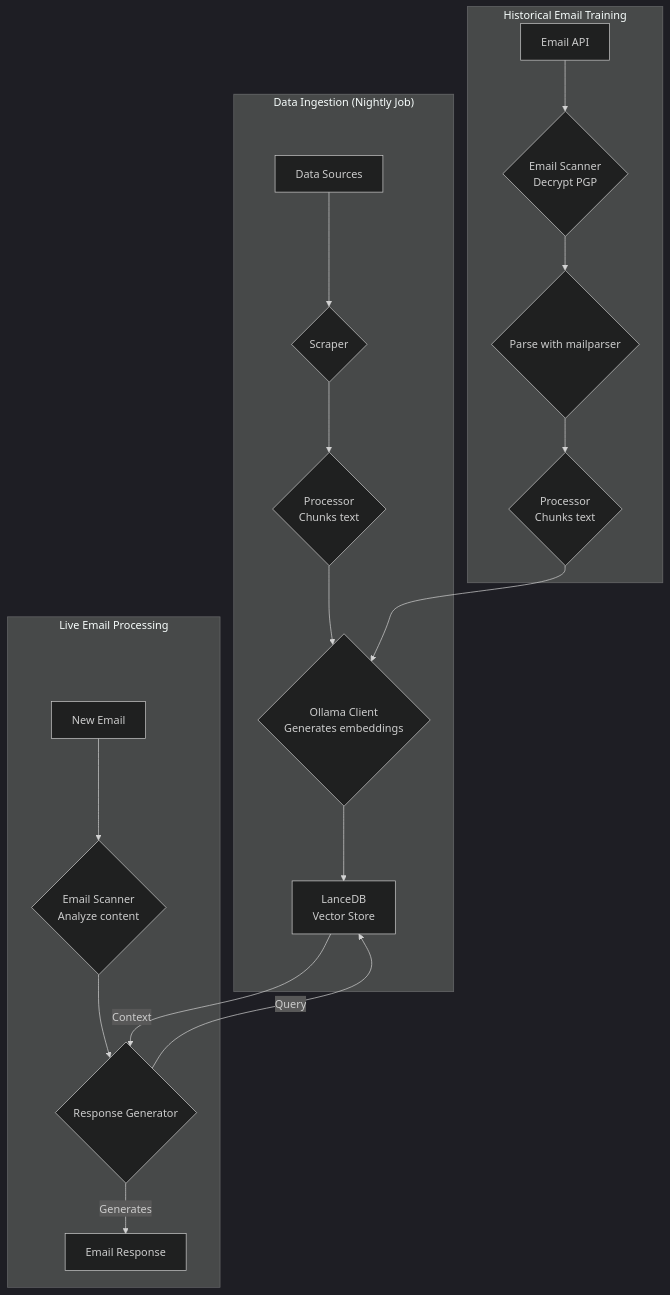
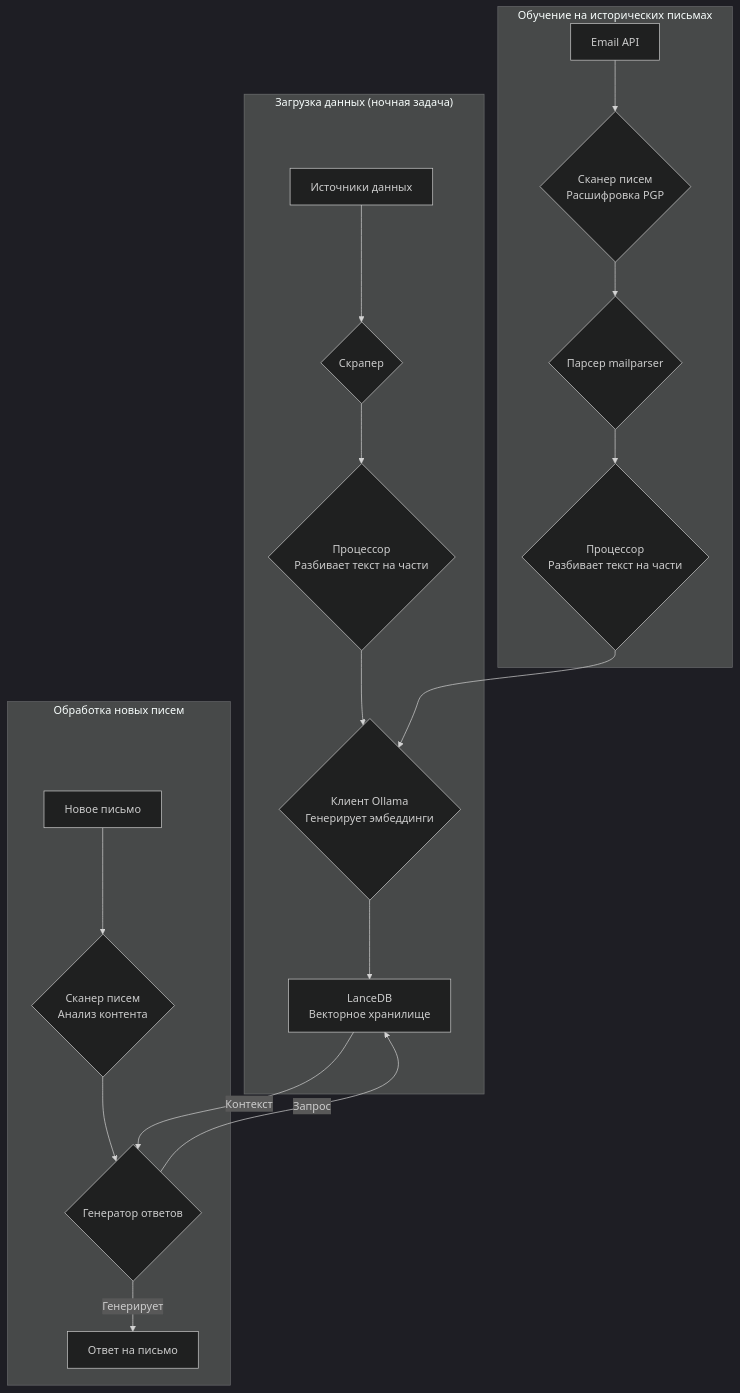
Before and after one commit to forwardemail/forwardemail.net: the first of 3 diagrams in app/views/docs/privacy-first-ai-customer-support-agent-lancedb-ollama-nodejs/index-ru.md, drawn with Mermaid (dark theme). The commit also changed other lines of this file and 1055 other files, not shown here.

````diff
--- a/app/views/docs/privacy-first-ai-customer-support-agent-lancedb-ollama-nodejs/index-ru.md
+++ b/app/views/docs/privacy-first-ai-customer-support-agent-lancedb-ollama-nodejs/index-ru.md
@@ -429,24 +430,24 @@
 ```mermaid
 graph TD
-    subgraph "Data Ingestion (Nightly Job)"
-        A[Data Sources] --> B{Scraper}
-        B --> C{Processor<br/>Chunks text}
-        C --> D{Ollama Client<br/>Generates embeddings}
-        D --> E[LanceDB<br/>Vector Store]
+    subgraph "Загрузка данных (ночная задача)"
+        A[Источники данных] --> B{Скрапер}
+        B --> C{Процессор<br/>Разбивает текст на части}
+        C --> D{Клиент Ollama<br/>Генерирует эмбеддинги}
+        D --> E[LanceDB<br/>Векторное хранилище]
     end
 
-    subgraph "Historical Email Training"
-        F[Email API] --> G{Email Scanner<br/>Decrypt PGP}
-        G --> H{Parse with mailparser}
-        H --> I{Processor<br/>Chunks text}
+    subgraph "Обучение на исторических письмах"
+        F[Email API] --> G{Сканер писем<br/>Расшифровка PGP}
+        G --> H{Парсер mailparser}
+        H --> I{Процессор<br/>Разбивает текст на части}
         I --> D
     end
 
-    subgraph "Live Email Processing"
-        J[New Email] --> K{Email Scanner<br/>Analyze content}
-        K --> L{Response Generator}
-        L -- Query --> E
-        E -- Context --> L
-        L -- Generates --> M[Email Response]
+    subgraph "Обработка новых писем"
+        J[Новое письмо] --> K{Сканер писем<br/>Анализ контента}
+        K --> L{Генератор ответов}
+        L -- Запрос --> E
+        E -- Контекст --> L
+        L -- Генерирует --> M[Ответ на письмо]
     end
 ```
````
